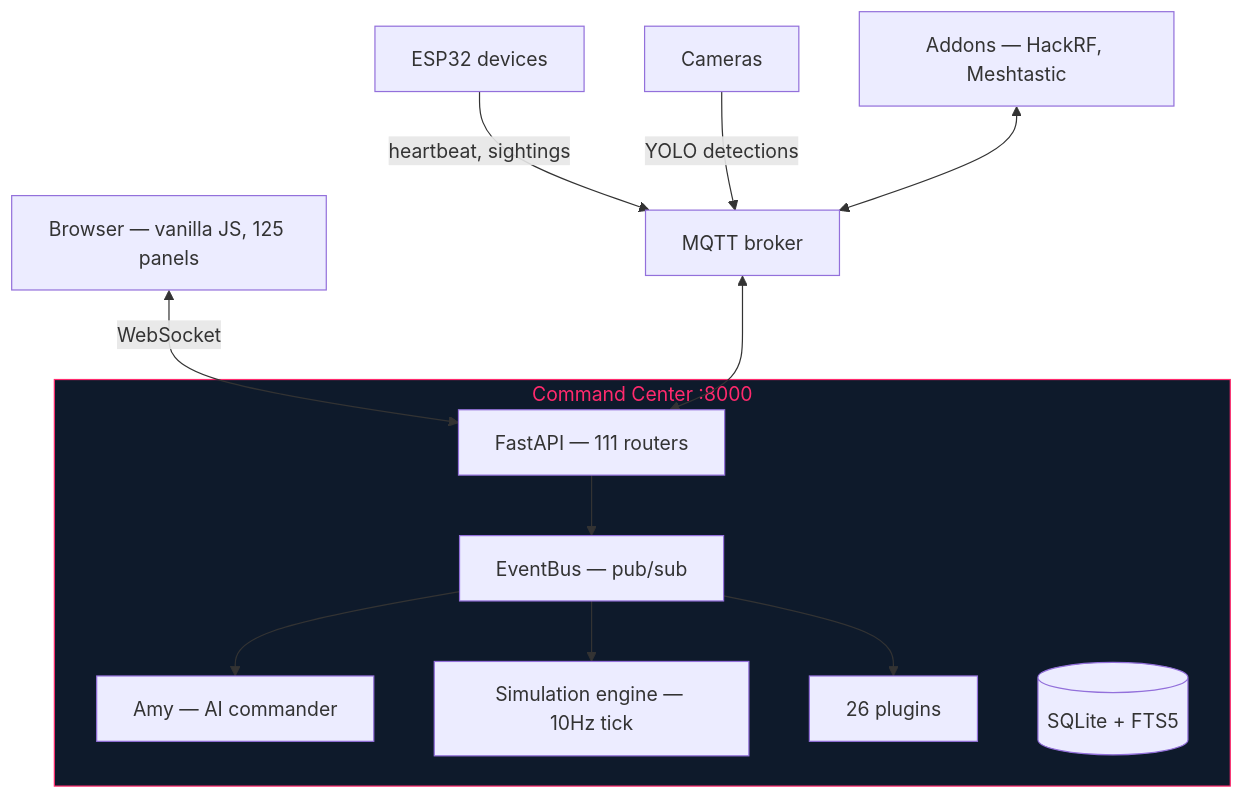
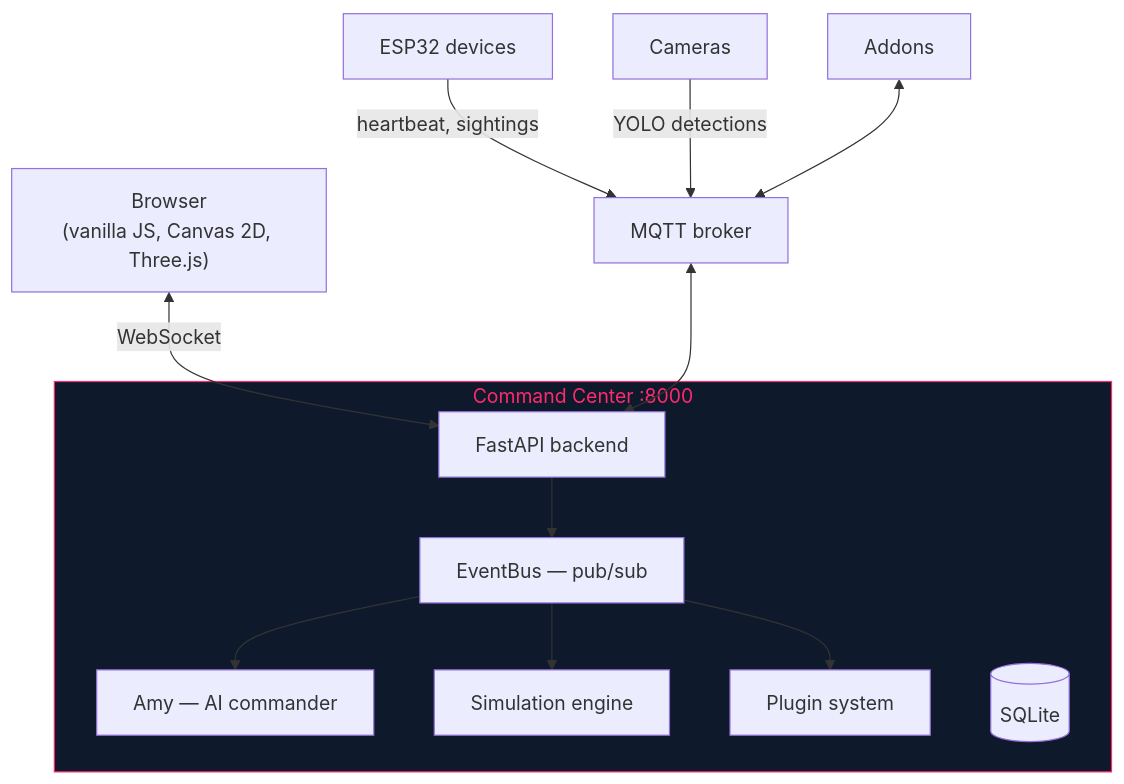
One commit to Valpatel/tritium-sc changed the first of 2 diagrams in README.md. Above: the diagram before and after it, drawn with Mermaid. The commit also changed other lines of this file and 1 other file, not shown here.

First line of the commit message:
Docs: strip counts, focus on plugin system and architecture

````diff
--- a/README.md
+++ b/README.md
@@ -7,25 +7,25 @@
 ```mermaid
 flowchart TB
-    browser[Browser — vanilla JS, 125 panels] <-->|WebSocket| fastapi
+    browser["Browser<br/>(vanilla JS, Canvas 2D, Three.js)"] <-->|WebSocket| fastapi
 
     subgraph SC["Command Center :8000"]
-        fastapi[FastAPI — 111 routers]
+        fastapi[FastAPI backend]
         eventbus[EventBus — pub/sub]
         amy[Amy — AI commander]
-        sim[Simulation engine — 10Hz tick]
-        plugins[26 plugins]
-        db[(SQLite + FTS5)]
+        sim[Simulation engine]
+        plugins[Plugin system]
+        db[(SQLite)]
     end
 
     mqtt[MQTT broker] <--> fastapi
     edge[ESP32 devices] -->|heartbeat, sightings| mqtt
     cameras[Cameras] -->|YOLO detections| mqtt
-    addons[Addons — HackRF, Meshtastic] <--> mqtt
+    addons[Addons] <--> mqtt
 
     fastapi --> eventbus
     eventbus --> amy
     eventbus --> sim
     eventbus --> plugins
 
     style SC fill:#0e1a2b,stroke:#ff2a6d,color:#ff2a6d
 ```
````
